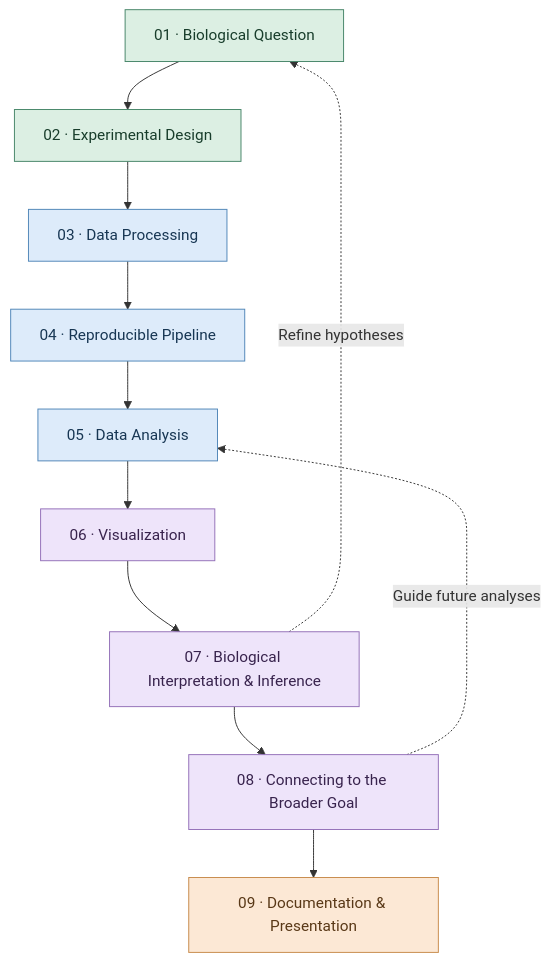
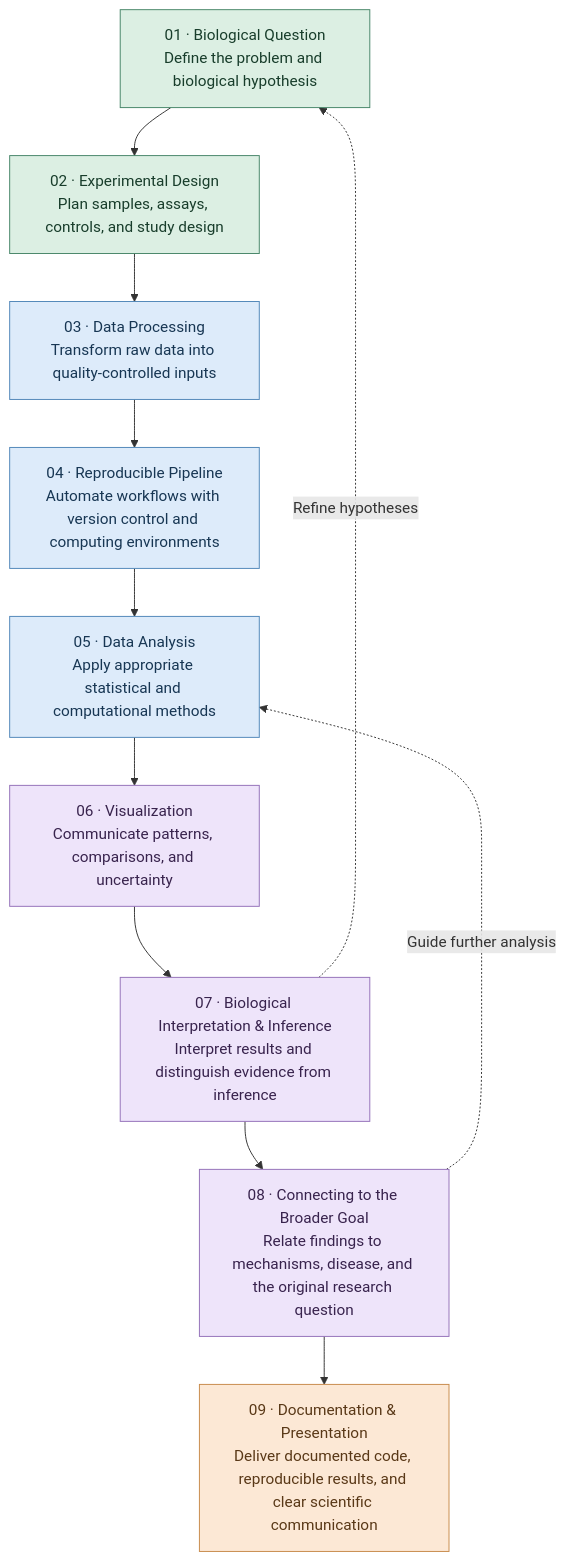
The diagram in README.md (chanmur/chanmur), drawn with Mermaid before and after one commit.

Commit message:
Enhance flowchart with detailed step descriptions
Updated flowchart in README to include detailed descriptions for each step in the biological research process.

````diff
--- a/README.md
+++ b/README.md
@@ -24,24 +24,26 @@
 ```mermaid
 flowchart TD
-    A["01 · Biological Question"] --> B["02 · Experimental Design"]
-    B --> C["03 · Data Processing"]
-    C --> D["04 · Reproducible Pipeline"]
-    D --> E["05 · Data Analysis"]
-    E --> F["06 · Visualization"]
-    F --> G["07 · Biological Interpretation & Inference"]
-    G --> H["08 · Connecting to the Broader Goal"]
-    H --> I["09 · Documentation & Presentation"]
+    A["01 · Biological Question<br/>Define the problem and biological hypothesis"]
+    B["02 · Experimental Design<br/>Plan samples, assays, controls, and study design"]
+    C["03 · Data Processing<br/>Transform raw data into quality-controlled inputs"]
+    D["04 · Reproducible Pipeline<br/>Automate workflows with version control and computing environments"]
+    E["05 · Data Analysis<br/>Apply appropriate statistical and computational methods"]
+    F["06 · Visualization<br/>Communicate patterns, comparisons, and uncertainty"]
+    G["07 · Biological Interpretation & Inference<br/>Interpret results and distinguish evidence from inference"]
+    H["08 · Connecting to the Broader Goal<br/>Relate findings to mechanisms, disease, and the original research question"]
+    I["09 · Documentation & Presentation<br/>Deliver documented code, reproducible results, and clear scientific communication"]
 
+    A --> B --> C --> D --> E --> F --> G --> H --> I
     G -. "Refine hypotheses" .-> A
-    H -. "Guide future analyses" .-> E
+    H -. "Guide further analysis" .-> E
 
     classDef biology fill:#DCEFE3,stroke:#468568,color:#183D2B
     classDef computing fill:#DDEBFA,stroke:#5086B8,color:#173653
     classDef insight fill:#EEE4FA,stroke:#9370B8,color:#38234D
     classDef delivery fill:#FCE8D5,stroke:#C78A4A,color:#593817
 
     class A,B biology
     class C,D,E computing
     class F,G,H insight
     class I delivery
 ```
````
